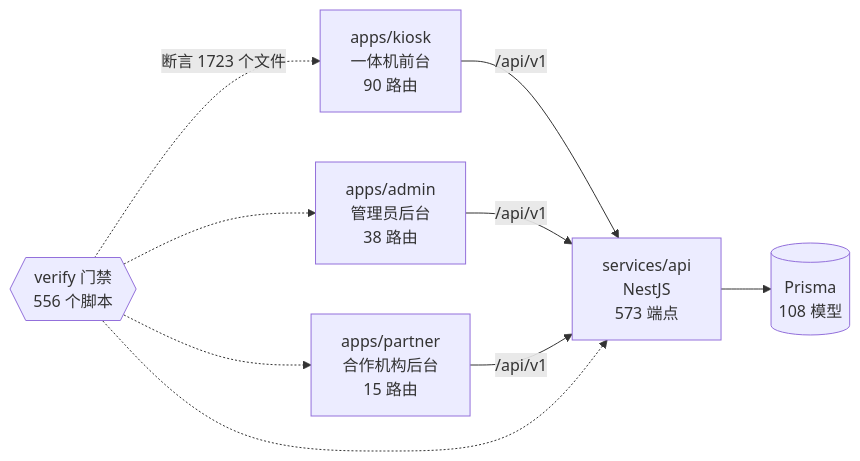
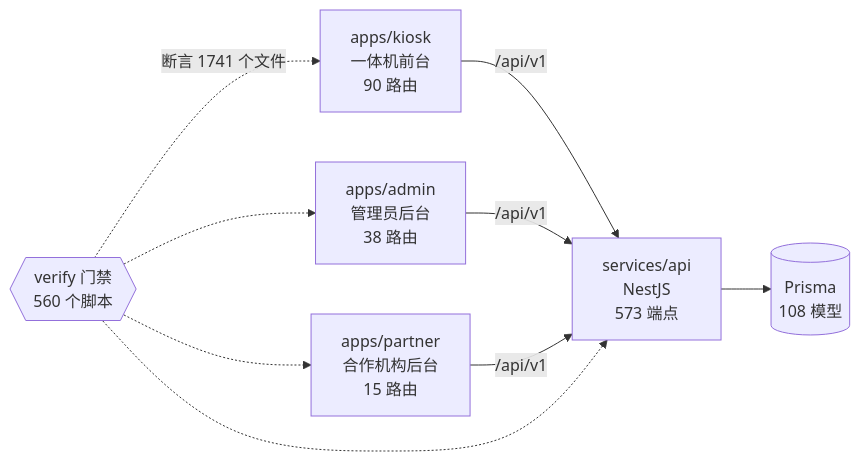
Before and after one commit to wanglei581/YITIJI: the diagram in docs/graph/README.md, drawn with Mermaid. The commit also changed other lines of this file and 2 other files, not shown here.

Commit message:
chore(graph): 并入候选后重生图谱

````diff
--- a/docs/graph/README.md
+++ b/docs/graph/README.md
@@ -68,18 +68,18 @@
 ```mermaid
 flowchart LR
   kiosk["apps/kiosk<br/>一体机前台<br/>90 路由"]
   admin["apps/admin<br/>管理员后台<br/>38 路由"]
   partner["apps/partner<br/>合作机构后台<br/>15 路由"]
   api["services/api<br/>NestJS<br/>573 端点"]
   db[("Prisma<br/>108 模型")]
-  gates{{"verify 门禁<br/>556 个脚本"}}
+  gates{{"verify 门禁<br/>560 个脚本"}}
 
   kiosk -->|"/api/v1"| api
   admin -->|"/api/v1"| api
   partner -->|"/api/v1"| api
   api --> db
-  gates -.->|"断言 1723 个文件"| kiosk
+  gates -.->|"断言 1741 个文件"| kiosk
   gates -.-> admin
   gates -.-> partner
   gates -.-> api
 ```
````
